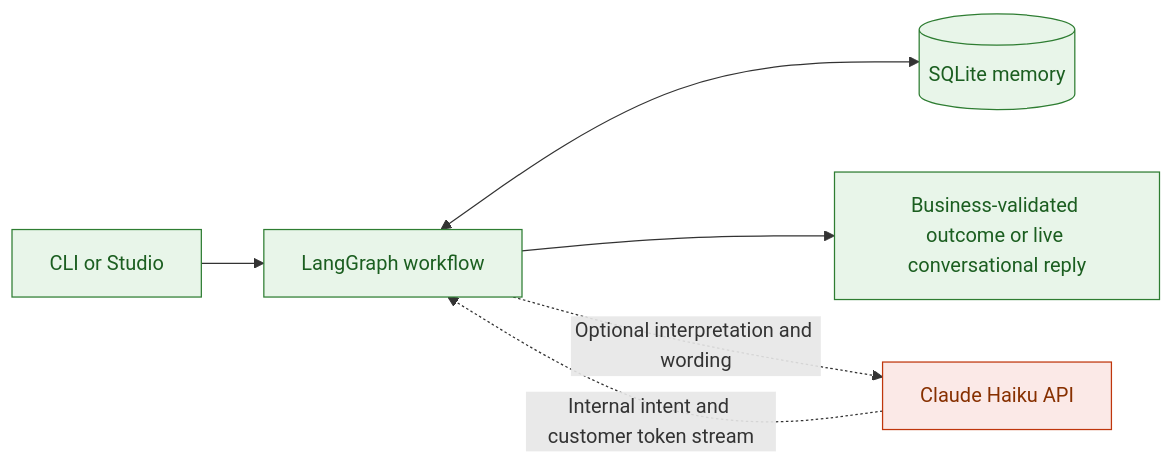
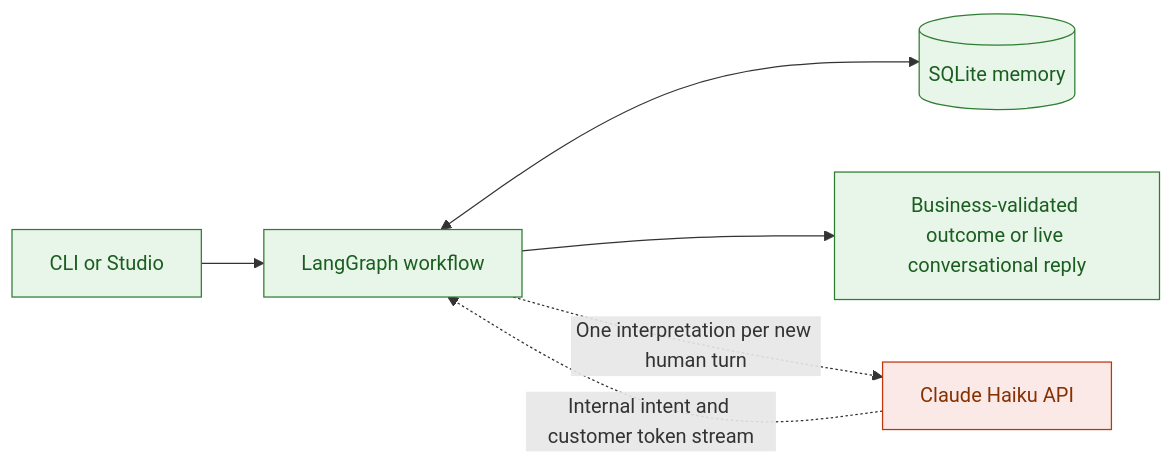
One commit to sergiomorapardo/AgenticDebtCollection changed the first of 5 diagrams in README.md. Above: the diagram before and after it, drawn with Mermaid. The commit also changed other lines of this file and 11 other files, not shown here.

````diff
--- a/README.md
+++ b/README.md
@@ -9,12 +9,12 @@
 ```mermaid
 flowchart LR
     U[CLI or Studio] --> G[LangGraph workflow]
     G <--> D[(SQLite memory)]
     G --> R[Business-validated outcome or live conversational reply]
-    G -. Optional interpretation and wording .-> H[Claude Haiku API]
+    G -. One interpretation per new human turn .-> H[Claude Haiku API]
     H -. Internal intent and customer token stream .-> G
     classDef local fill:#e8f5e9,stroke:#2e7d32,color:#1b5e20
     classDef paid fill:#fbe9e7,stroke:#bf360c,color:#873000
     class U,G,D,R local
     class H paid
 ```
````
